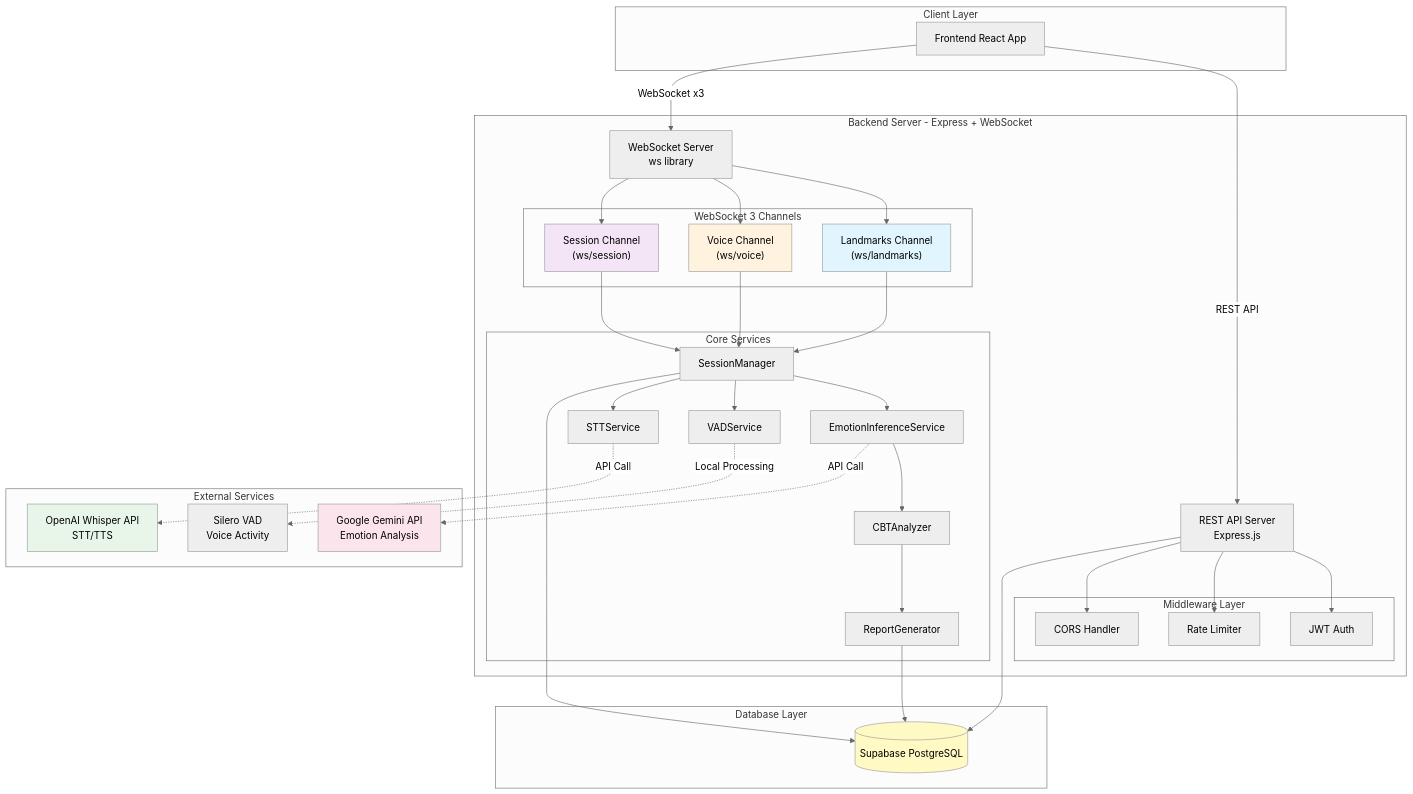
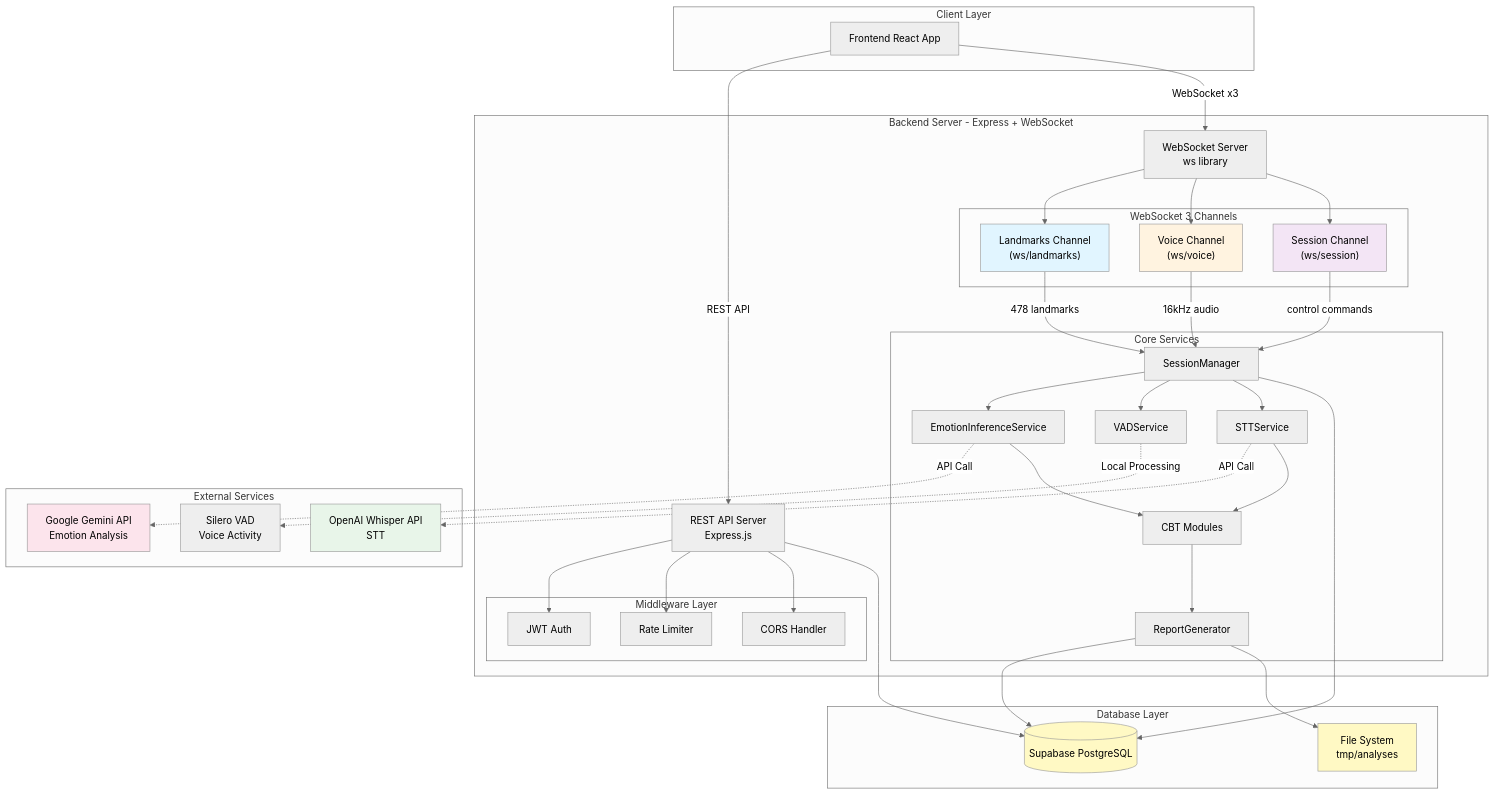
Before and after one commit to KUS-CapstoneDesign-II/BeMoreBackend: the first of 4 diagrams in README.md, drawn with Mermaid (neutral theme). The commit also changed other lines of this file, not shown here.

First line of the commit message:
docs(readme): enhance processing pipeline with CBT flow and data formats

````diff
--- a/README.md
+++ b/README.md
@@ -67,7 +65,7 @@
             INF[EmotionInferenceService]
             VAD[VADService]
             STT[STTService]
-            CBT[CBTAnalyzer]
+            CBT[CBT Modules]
             REP[ReportGenerator]
         end
 
@@ -80,12 +78,13 @@
 
     subgraph "External Services"
         GEMINI[Google Gemini API<br/>Emotion Analysis]
-        WHISPER[OpenAI Whisper API<br/>STT/TTS]
+        WHISPER[OpenAI Whisper API<br/>STT]
         SILERO[Silero VAD<br/>Voice Activity]
     end
 
     subgraph "Database Layer"
         DB[(Supabase PostgreSQL)]
+        FS[File System<br/>tmp/analyses]
     end
 
     FE -->|REST API| API
@@ -99,24 +98,26 @@
     WS --> WS2
     WS --> WS3
 
-    WS1 --> SM
-    WS2 --> SM
-    WS3 --> SM
+    WS1 -->|478 landmarks| SM
+    WS2 -->|16kHz audio| SM
+    WS3 -->|control commands| SM
 
     SM --> INF
     SM --> VAD
     SM --> STT
 
-    INF --> CBT
-    CBT --> REP
-
     INF -.->|API Call| GEMINI
     STT -.->|API Call| WHISPER
     VAD -.->|Local Processing| SILERO
 
+    INF --> CBT
+    STT --> CBT
+    CBT --> REP
+
     API --> DB
     SM --> DB
     REP --> DB
+    REP --> FS
 
     style WS1 fill:#e1f5ff
     style WS2 fill:#fff3e0
@@ -124,4 +125,5 @@
     style GEMINI fill:#fce4ec
     style WHISPER fill:#e8f5e9
     style DB fill:#fff9c4
+    style FS fill:#fff9c4
 ```
````
